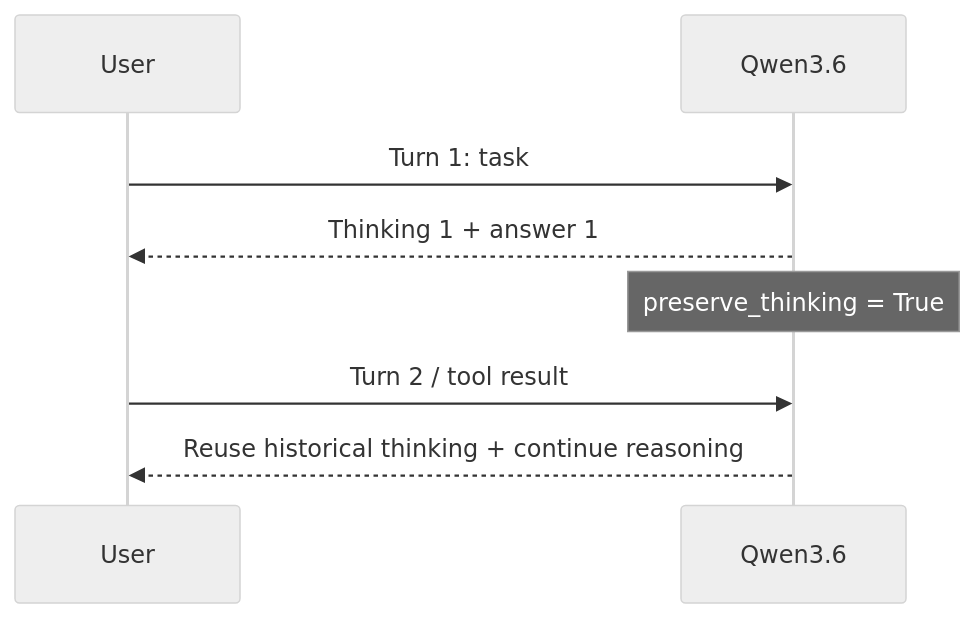
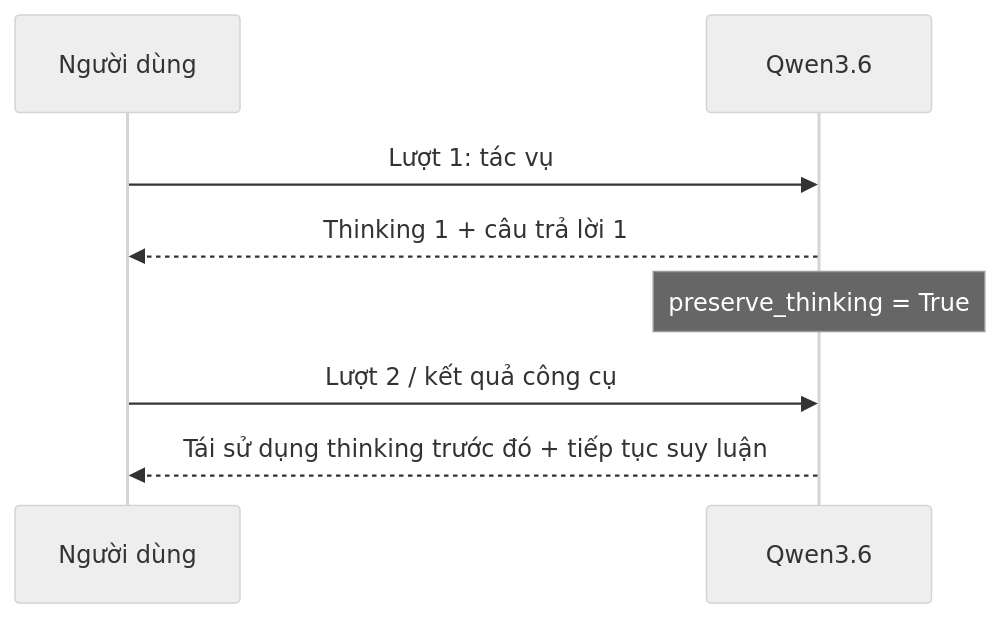
One commit to cycler04/VinRobotics-VLA changed the fourth of 4 diagrams in docs/research_finding/01-gwen/qwen_models/Qwen3.6/architecture.md. Above: the diagram before and after it, drawn with Mermaid (neutral theme). The commit also changed other lines of this file and 79 other files, not shown here.

````diff
--- a/docs/research_finding/01-gwen/qwen_models/Qwen3.6/architecture.md
+++ b/docs/research_finding/01-gwen/qwen_models/Qwen3.6/architecture.md
@@ -117,10 +117,10 @@
 ```mermaid
 sequenceDiagram
-  participant U as User
+  participant U as Người dùng
   participant M as Qwen3.6
-  U->>M: Turn 1: task
-  M-->>U: Thinking 1 + answer 1
+  U->>M: Lượt 1: tác vụ
+  M-->>U: Thinking 1 + câu trả lời 1
   Note over M: preserve_thinking = True
-  U->>M: Turn 2 / tool result
-  M-->>U: Reuse historical thinking + continue reasoning
+  U->>M: Lượt 2 / kết quả công cụ
+  M-->>U: Tái sử dụng thinking trước đó + tiếp tục suy luận
 ```
````
